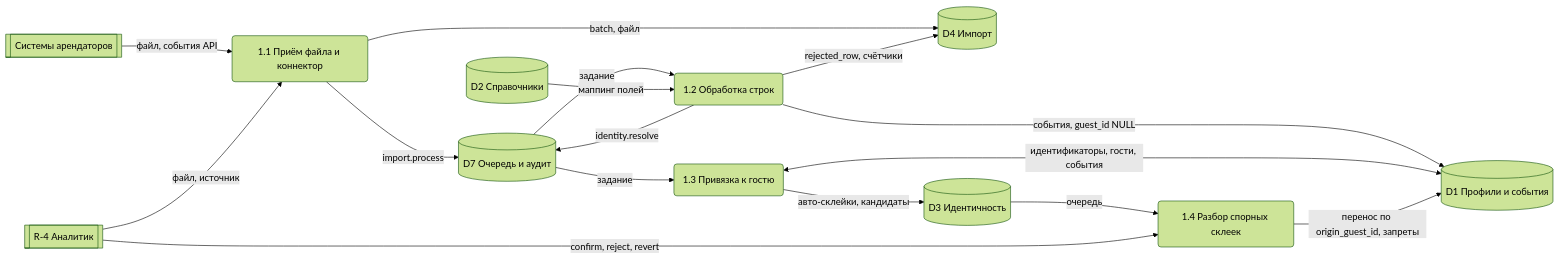
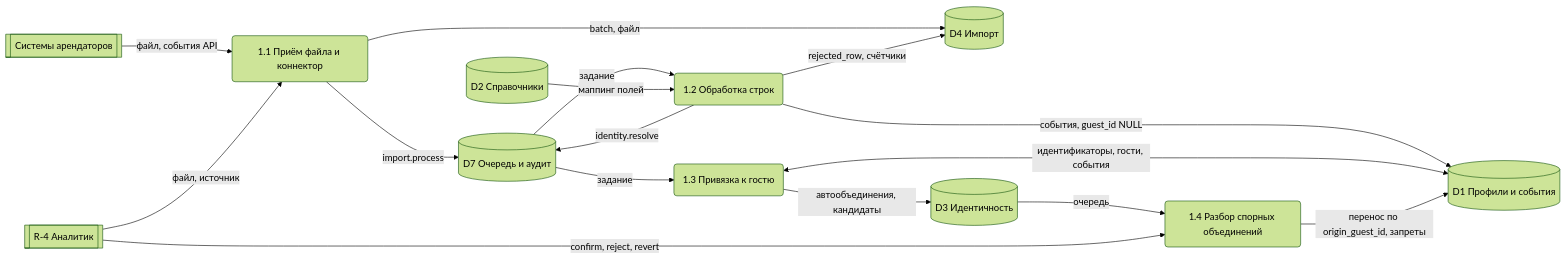
Before and after one commit to MangriMen/UCRP: the second of 3 diagrams in docs/design/13-dfd.md, drawn with Mermaid (forest theme). The commit also changed other lines of this file and 41 other files, not shown here.

````diff
--- a/docs/design/13-dfd.md
+++ b/docs/design/13-dfd.md
@@ -45,29 +45,29 @@
 ```mermaid
 flowchart LR
   TS[["Системы арендаторов"]]
   R4[["R-4 Аналитик"]]
   P11("1.1 Приём файла и коннектор")
   P12("1.2 Обработка строк")
   P13("1.3 Привязка к гостю")
-  P14("1.4 Разбор спорных склеек")
+  P14("1.4 Разбор спорных объединений")
   D4[("D4 Импорт")]
   D1[("D1 Профили и события")]
   D3[("D3 Идентичность")]
   D7[("D7 Очередь и аудит")]
   D2[("D2 Справочники")]
   TS -->|"файл, события API"| P11
   R4 -->|"файл, источник"| P11
   P11 -->|"batch, файл"| D4
   P11 -->|"import.process"| D7
   D7 -->|"задание"| P12
   D2 -->|"маппинг полей"| P12
   P12 -->|"события, guest_id NULL"| D1
   P12 -->|"rejected_row, счётчики"| D4
   P12 -->|"identity.resolve"| D7
   D7 -->|"задание"| P13
   P13 <-->|"идентификаторы, гости, события"| D1
-  P13 -->|"авто-склейки, кандидаты"| D3
+  P13 -->|"автообъединения, кандидаты"| D3
   D3 -->|"очередь"| P14
   R4 -->|"confirm, reject, revert"| P14
   P14 -->|"перенос по origin_guest_id, запреты"| D1
 ```
````
